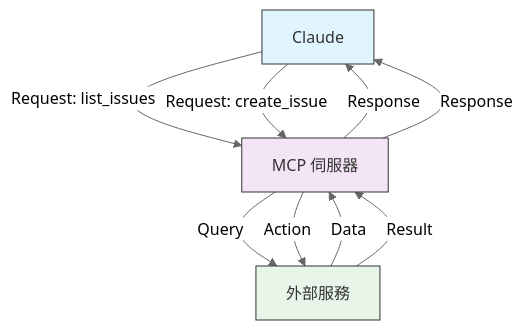
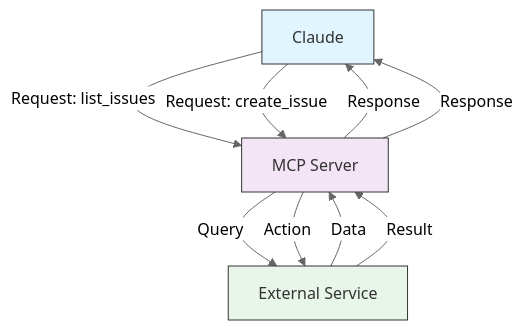
The first of 7 diagrams in 05-mcp/README.md (huckly/claude-howto-zh-tw), drawn with Mermaid (neutral theme) before and after one commit. The commit also changed other lines of this file, not shown here.

Commit message:
🔌 05-mcp：MCP Protocol — 同步 v2.1.110

````diff
--- a/05-mcp/README.md
+++ b/05-mcp/README.md
@@ -23,20 +23,20 @@
 ```mermaid
 graph TB
     A["Claude"]
-    B["MCP 伺服器"]
-    C["外部服務"]
+    B["MCP Server"]
+    C["External Service"]
 
     A -->|Request: list_issues| B
     B -->|Query| C
     C -->|Data| B
     B -->|Response| A
 
     A -->|Request: create_issue| B
     B -->|Action| C
     C -->|Result| B
     B -->|Response| A
 
     style A fill:#e1f5fe,stroke:#333,color:#333
     style B fill:#f3e5f5,stroke:#333,color:#333
     style C fill:#e8f5e9,stroke:#333,color:#333
 ```
````
